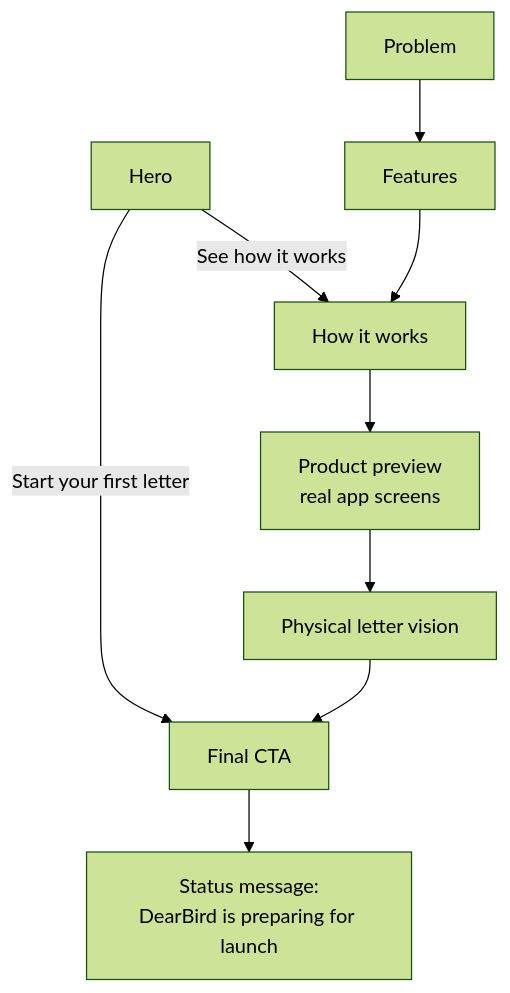
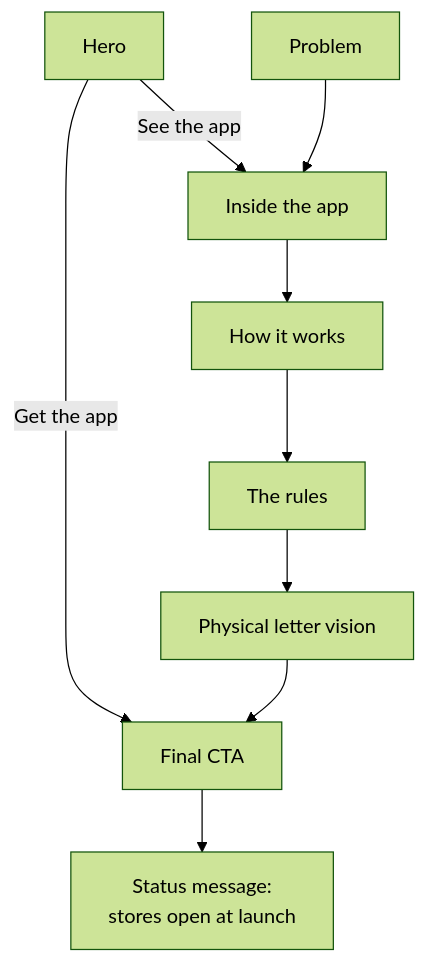
The second of 2 diagrams in README.md (Jkoreaboi/luvbird), drawn with Mermaid (forest theme) before and after one commit. The commit also changed other lines of this file and 16 other files, not shown here.

First line of the commit message:
feat: present DearBird as an app launch page

````diff
--- a/README.md
+++ b/README.md
@@ -87,7 +87,7 @@
 ```mermaid
 flowchart TD
-    H[Hero] -->|See how it works| W[How it works]
-    H -->|Start your first letter| CTA[Final CTA]
-    P[Problem] --> F[Features] --> W --> PV[Product preview<br/>real app screens] --> V[Physical letter vision] --> CTA
-    CTA --> S[Status message:<br/>DearBird is preparing for launch]
+    H[Hero] -->|See the app| A[Inside the app]
+    H -->|Get the app| CTA[Final CTA]
+    P[Problem] --> A --> W[How it works] --> R[The rules] --> V[Physical letter vision] --> CTA
+    CTA --> S[Status message:<br/>stores open at launch]
 ```
````
